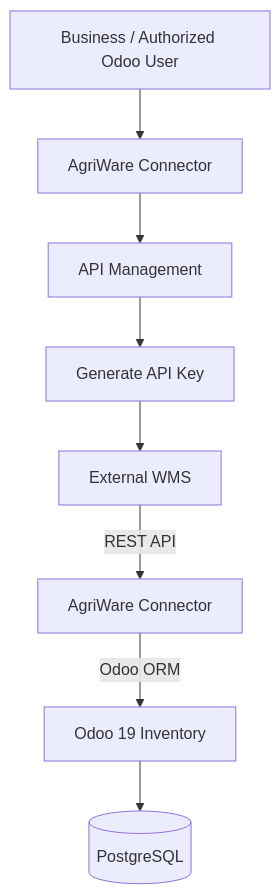
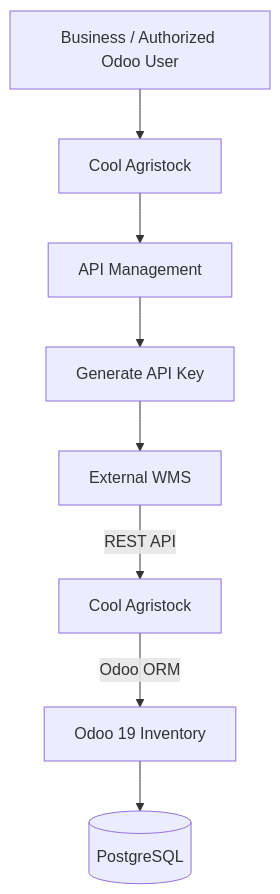
Before and after one commit to DOINGGOODPROJECTS/coolagristockodoo: the diagram in README.md, drawn with Mermaid. The commit also changed other lines of this file and 163 other files, not shown here.

First line of the commit message:
Rebrand agriware_connector to cool_agristock (Cool Agristock)

````diff
--- a/README.md
+++ b/README.md
@@ -130,10 +130,10 @@
 ```mermaid
 flowchart TD
-    A[Business / Authorized Odoo User] --> B[AgriWare Connector]
+    A[Business / Authorized Odoo User] --> B[Cool Agristock]
     B --> C[API Management]
     C --> D[Generate API Key]
     D --> E[External WMS]
-    E -->|REST API| F[AgriWare Connector]
+    E -->|REST API| F[Cool Agristock]
     F -->|Odoo ORM| G[Odoo 19 Inventory]
     G --> H[(PostgreSQL)]
 ```
````
